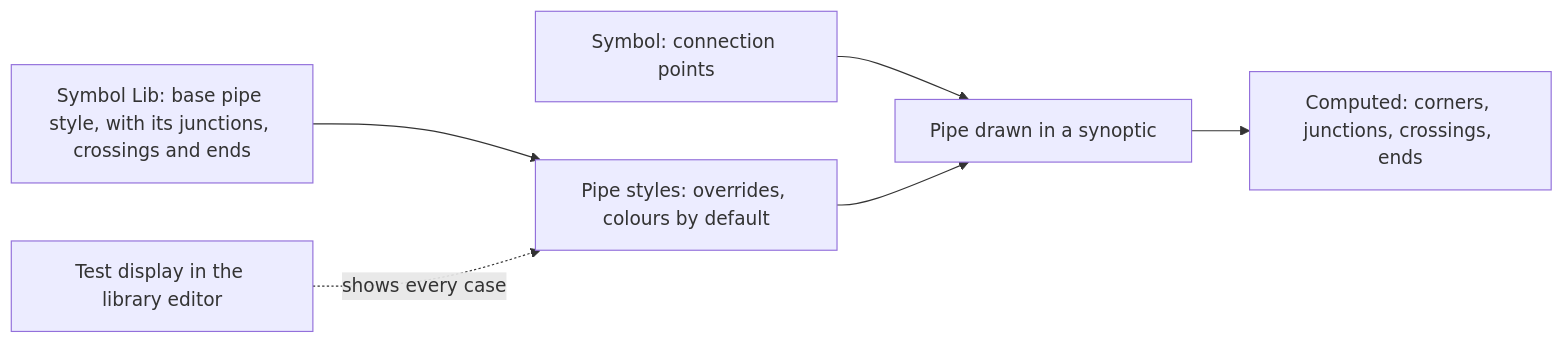
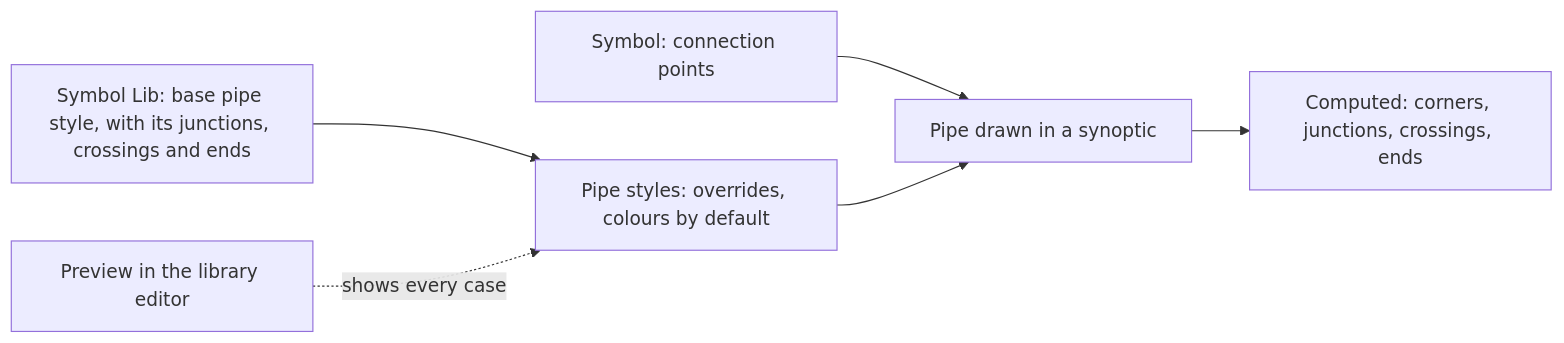
Before and after one commit to AlexandreGallais/synoptic-studio-spec: the first of 2 diagrams in symbols/pipes/README.md, drawn with Mermaid. The commit also changed other lines of this file and 11 other files, not shown here.

````diff
--- a/symbols/pipes/README.md
+++ b/symbols/pipes/README.md
@@ -28,8 +30,8 @@
 ```mermaid
 flowchart LR
     SY["Symbol: connection points"] --> P["Pipe drawn in a synoptic"]
     B["Symbol Lib: base pipe style, with its junctions, crossings and ends"] --> L["Pipe styles: overrides, colours by default"]
     L --> P
     P --> C["Computed: corners, junctions, crossings, ends"]
-    T["Test display in the library editor"] -.->|"shows every case"| L
+    T["Preview in the library editor"] -.->|"shows every case"| L
 ```
````
